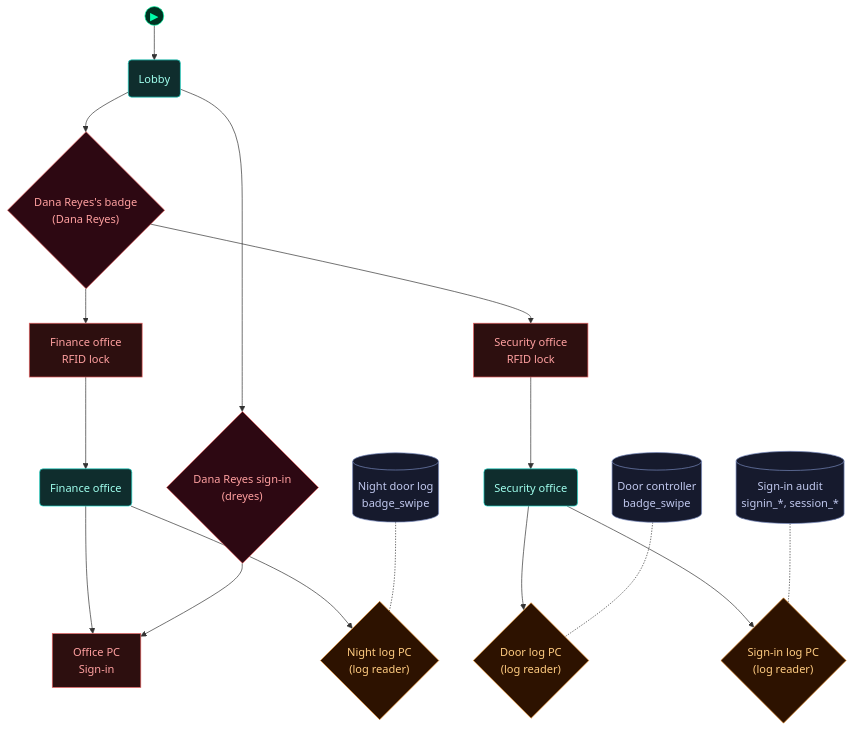
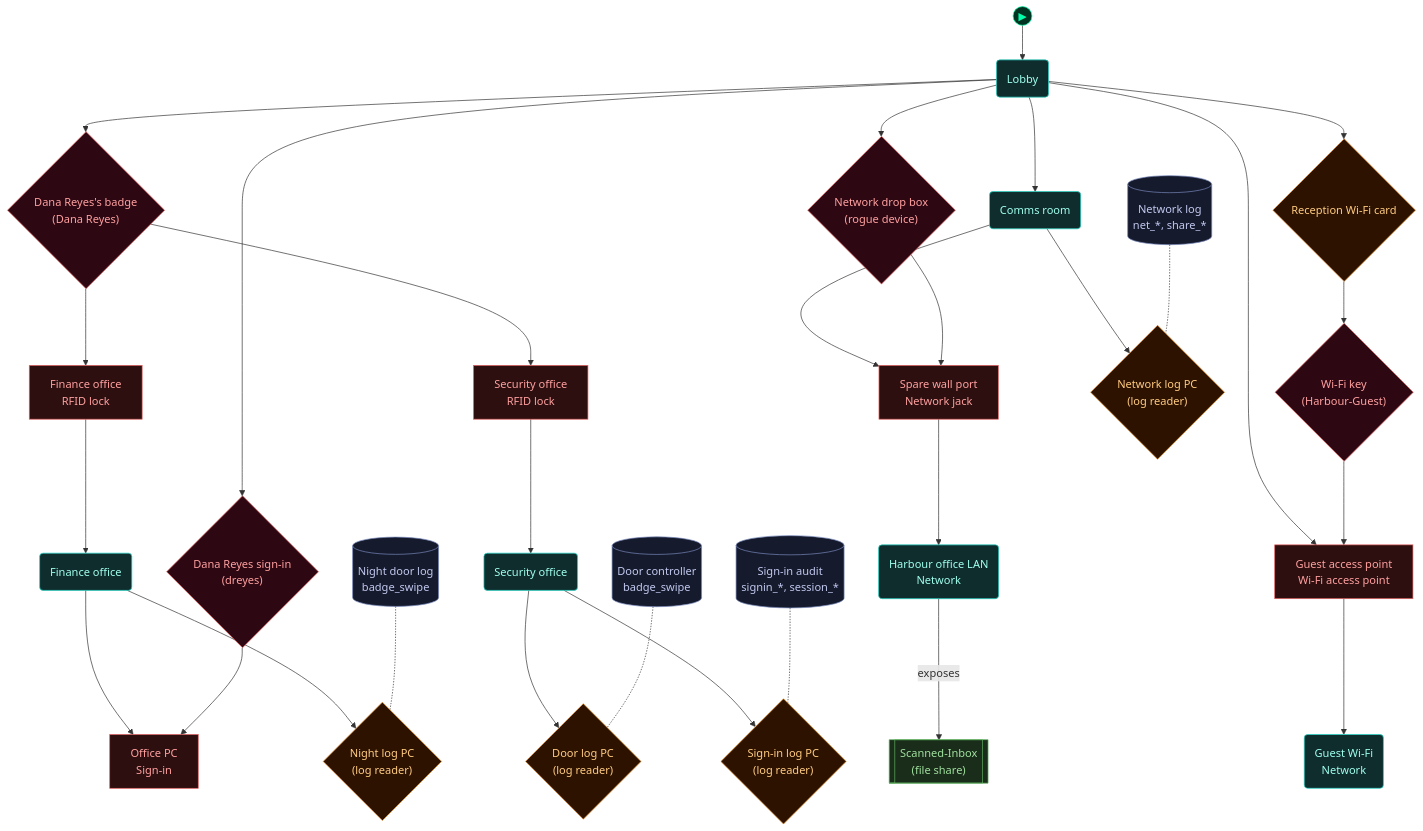
One commit to cliffe/BreakEscape changed the first of 5 diagrams in scenarios/test_ops_logs/dungeon_graph.md. Above: the diagram before and after it, drawn with Mermaid. The commit also changed other lines of this file and 10 other files, not shown here.

Commit message:
Ops log L3: jack, access point and share rows in test_ops_logs, tests, PLAYTEST beats 20-27, docs, leak check allows a share name in LOCATION

````diff
--- a/scenarios/test_ops_logs/dungeon_graph.md
+++ b/scenarios/test_ops_logs/dungeon_graph.md
@@ -81,9 +81,20 @@
   card_fin_dana_01{"Dana Reyes's badge<br/>(Dana Reyes)"}
   lobby("Lobby")
   signin_dana{"Dana Reyes sign-in<br/>(dreyes)"}
+  device_kit_dropbox{"Network drop box<br/>(rogue device)"}
+  jack_comms_port["Spare wall port<br/>Network jack"]
+  comms_room("Comms room")
+  net_office_lan("Harbour office LAN<br/>Network")
+  resource_scanned_inbox[["Scanned-Inbox<br/>(file share)"]]
+  wifiap_guest_ap["Guest access point<br/>Wi-Fi access point"]
+  net_guest_wifi("Guest Wi-Fi<br/>Network")
+  wifikey_guest_wifi{"Wi-Fi key<br/>(Harbour-Guest)"}
+  clue_wifi_note{"Reception Wi-Fi card"}
   log_door_controller[("Door controller<br/>badge_swipe")]
   log_signin_audit[("Sign-in audit<br/>signin_*, session_*")]
+  log_network_log[("Network log<br/>net_*, share_*")]
   log_night_log[("Night door log<br/>badge_swipe")]
+  reader_net_log_pc{"Network log PC<br/>(log reader)"}
   reader_night_log_pc{"Night log PC<br/>(log reader)"}
   reader_door_log_pc{"Door log PC<br/>(log reader)"}
   reader_signin_log_pc{"Sign-in log PC<br/>(log reader)"}
@@ -96,6 +107,19 @@
   card_fin_dana_01 --> door_security
   lobby --> signin_dana
   signin_dana --> lock_office_pc
+  lobby --> device_kit_dropbox
+  comms_room --> jack_comms_port
+  device_kit_dropbox --> jack_comms_port
+  jack_comms_port --> net_office_lan
+  net_office_lan -->|exposes| resource_scanned_inbox
+  lobby --> wifiap_guest_ap
+  wifiap_guest_ap --> net_guest_wifi
+  lobby --> clue_wifi_note
+  clue_wifi_note --> wifikey_guest_wifi
+  wifikey_guest_wifi --> wifiap_guest_ap
+  lobby --> comms_room
+  comms_room --> reader_net_log_pc
+  log_network_log -.- reader_net_log_pc
   office --> reader_night_log_pc
   log_night_log -.- reader_night_log_pc
   security --> reader_door_log_pc
@@ -103,10 +127,11 @@
   security --> reader_signin_log_pc
   log_signin_audit -.- reader_signin_log_pc
 
-  class door_office,door_security,lock_office_pc lock
-  class office,security,lobby room
-  class card_fin_dana_01,signin_dana key
-  class log_door_controller,log_signin_audit,log_night_log note
-  class reader_night_log_pc,reader_door_log_pc,reader_signin_log_pc item
+  class door_office,door_security,lock_office_pc,jack_comms_port,wifiap_guest_ap lock
+  class office,security,lobby,comms_room,net_office_lan,net_guest_wifi room
+  class card_fin_dana_01,signin_dana,device_kit_dropbox,wifikey_guest_wifi key
+  class resource_scanned_inbox container
+  class clue_wifi_note,reader_net_log_pc,reader_night_log_pc,reader_door_log_pc,reader_signin_log_pc item
+  class log_door_controller,log_signin_audit,log_network_log,log_night_log note
   class node_start start
 ```
````
